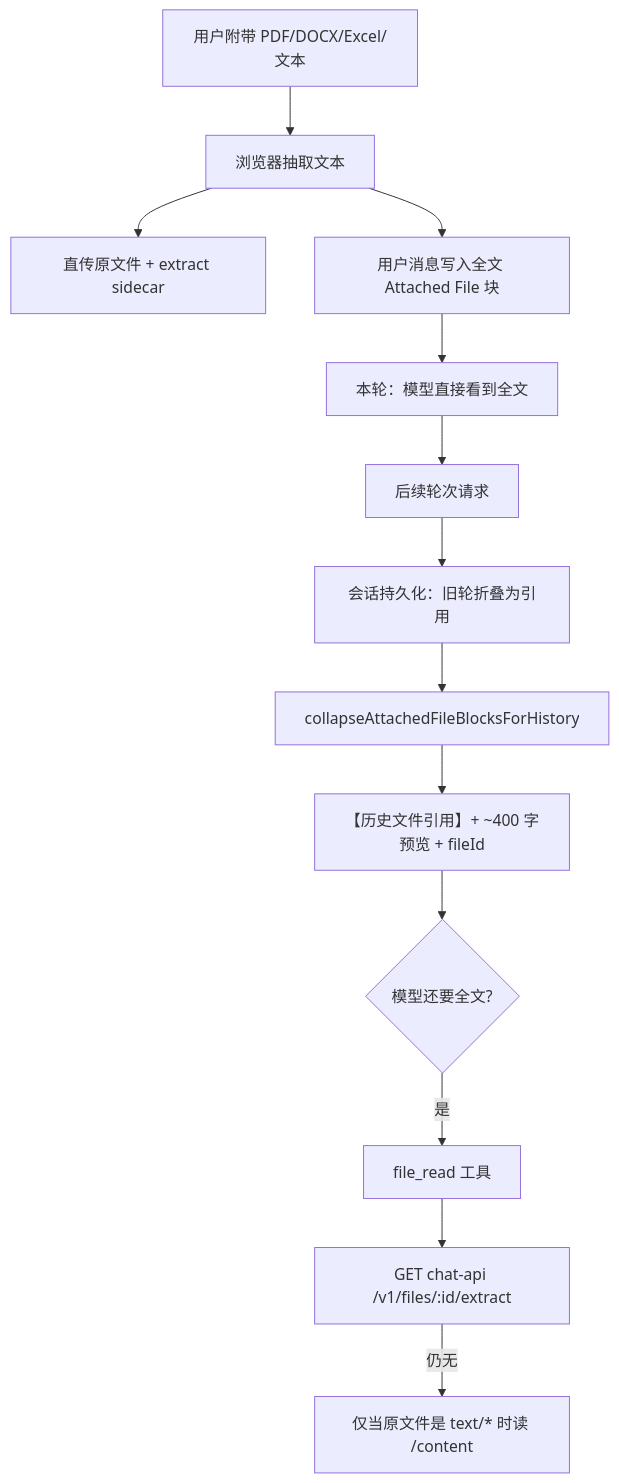
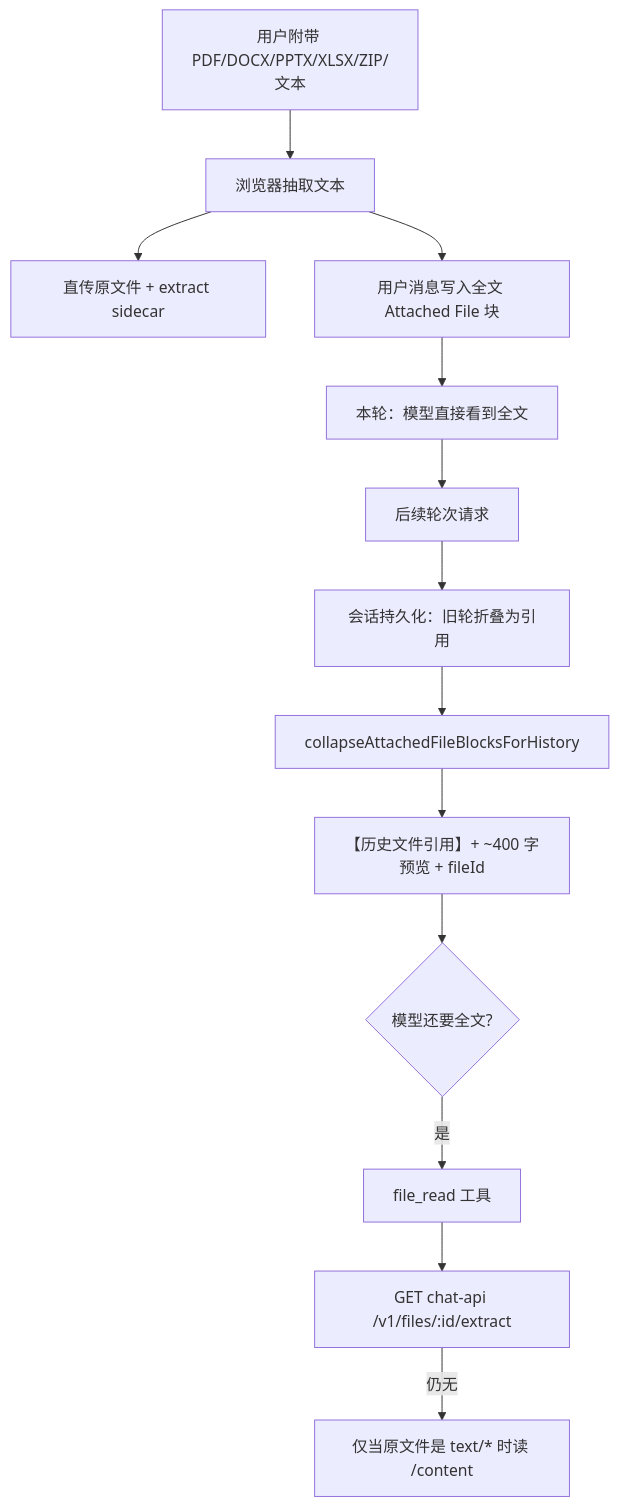
One commit to counterfactual5/chat-llm-christmas changed the third of 3 diagrams in docs/images-and-files.md. Above: the diagram before and after it, drawn with Mermaid. The commit also changed other lines of this file and 11 other files, not shown here.

````diff
--- a/docs/images-and-files.md
+++ b/docs/images-and-files.md
@@ -79,15 +83,15 @@
 ```mermaid
 flowchart TD
-  A[用户附带 PDF/DOCX/Excel/文本] --> E[浏览器抽取文本]
+  A[用户附带 PDF/DOCX/PPTX/XLSX/ZIP/文本] --> E[浏览器抽取文本]
   E --> Up[直传原文件 + extract sidecar]
   E --> Msg[用户消息写入全文 Attached File 块]
   Msg --> Turn1[本轮：模型直接看到全文]
   Turn1 --> Later[后续轮次请求]
   Later --> Persist[会话持久化：旧轮折叠为引用]
   Persist --> Coll[collapseAttachedFileBlocksForHistory]
   Coll --> Ref[【历史文件引用】+ ~400 字预览 + fileId]
   Ref --> Need{模型还要全文?}
   Need -->|是| FR[file_read 工具]
   FR --> Sidecar[GET chat-api /v1/files/:id/extract]
   Sidecar -->|仍无| TextOnly[仅当原文件是 text/* 时读 /content]
 ```
````
